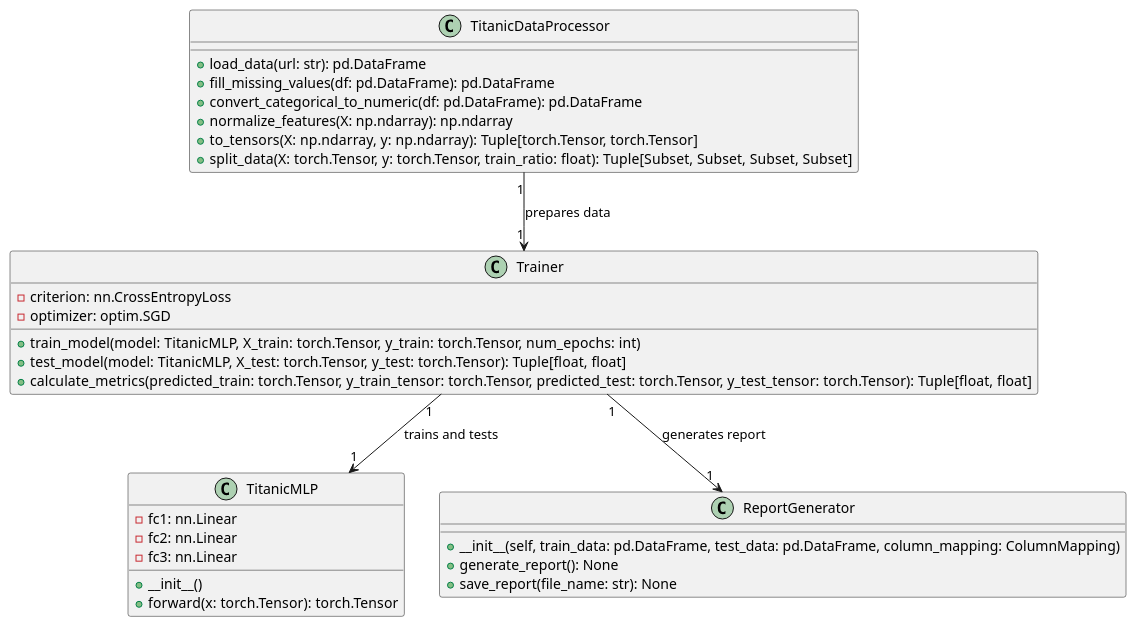
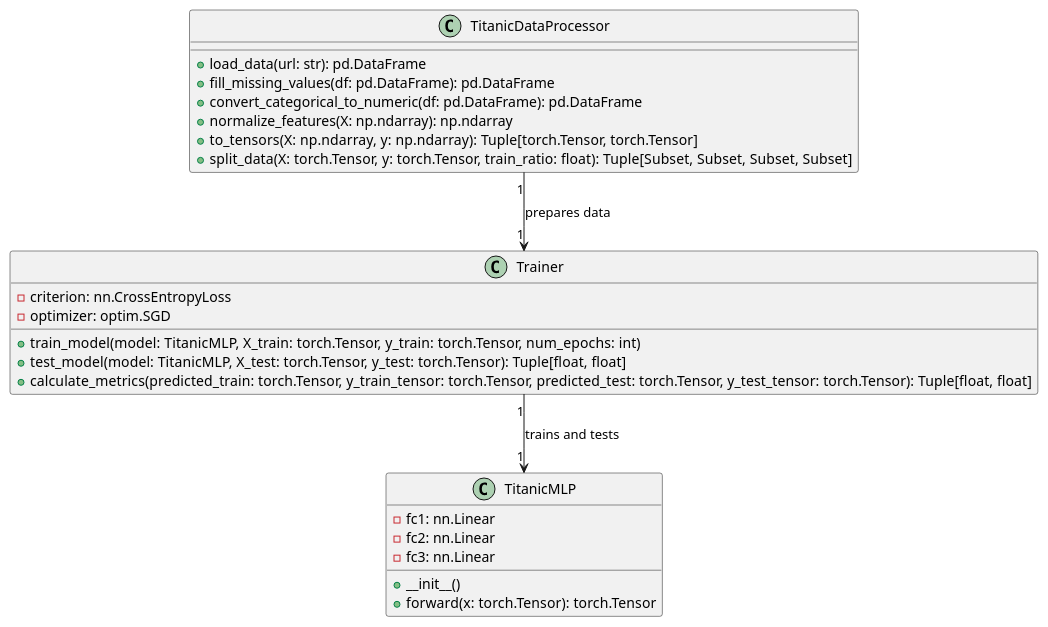
The diagram in simple ML model/class diagram.puml (ElnazHnia/ML-model-online-method-drift), drawn with PlantUML before and after one commit. The commit also changed 9 other files, not shown here.

```diff
--- a/simple ML model/class diagram.puml
+++ b/simple ML model/class diagram.puml
@@ -1,38 +1,38 @@
 @startuml
 
 class TitanicDataProcessor {
     +load_data(url: str): pd.DataFrame
     +fill_missing_values(df: pd.DataFrame): pd.DataFrame
     +convert_categorical_to_numeric(df: pd.DataFrame): pd.DataFrame
     +normalize_features(X: np.ndarray): np.ndarray
     +to_tensors(X: np.ndarray, y: np.ndarray): Tuple[torch.Tensor, torch.Tensor]
     +split_data(X: torch.Tensor, y: torch.Tensor, train_ratio: float): Tuple[Subset, Subset, Subset, Subset]
 }
 
 class TitanicMLP {
     +__init__()
     +forward(x: torch.Tensor): torch.Tensor
     -fc1: nn.Linear
     -fc2: nn.Linear
     -fc3: nn.Linear
 }
 
 class Trainer {
     +train_model(model: TitanicMLP, X_train: torch.Tensor, y_train: torch.Tensor, num_epochs: int)
     +test_model(model: TitanicMLP, X_test: torch.Tensor, y_test: torch.Tensor): Tuple[float, float]
     +calculate_metrics(predicted_train: torch.Tensor, y_train_tensor: torch.Tensor, predicted_test: torch.Tensor, y_test_tensor: torch.Tensor): Tuple[float, float]
     -criterion: nn.CrossEntropyLoss
     -optimizer: optim.SGD
 }
 
-class ReportGenerator {
-    +__init__(self, train_data: pd.DataFrame, test_data: pd.DataFrame, column_mapping: ColumnMapping)
-    +generate_report(): None
-    +save_report(file_name: str): None
-}
+'class ReportGenerator {
+'    +__init__(self, train_data: pd.DataFrame, test_data: pd.DataFrame, column_mapping: ColumnMapping)
+'    +generate_report(): None
+'    +save_report(file_name: str): None
+'}
 
 TitanicDataProcessor "1" --> "1" Trainer : prepares data
 Trainer "1" --> "1" TitanicMLP : trains and tests
-Trainer "1" --> "1" ReportGenerator : generates report
+'Trainer "1" --> "1" ReportGenerator : generates report
 
 @enduml
```
